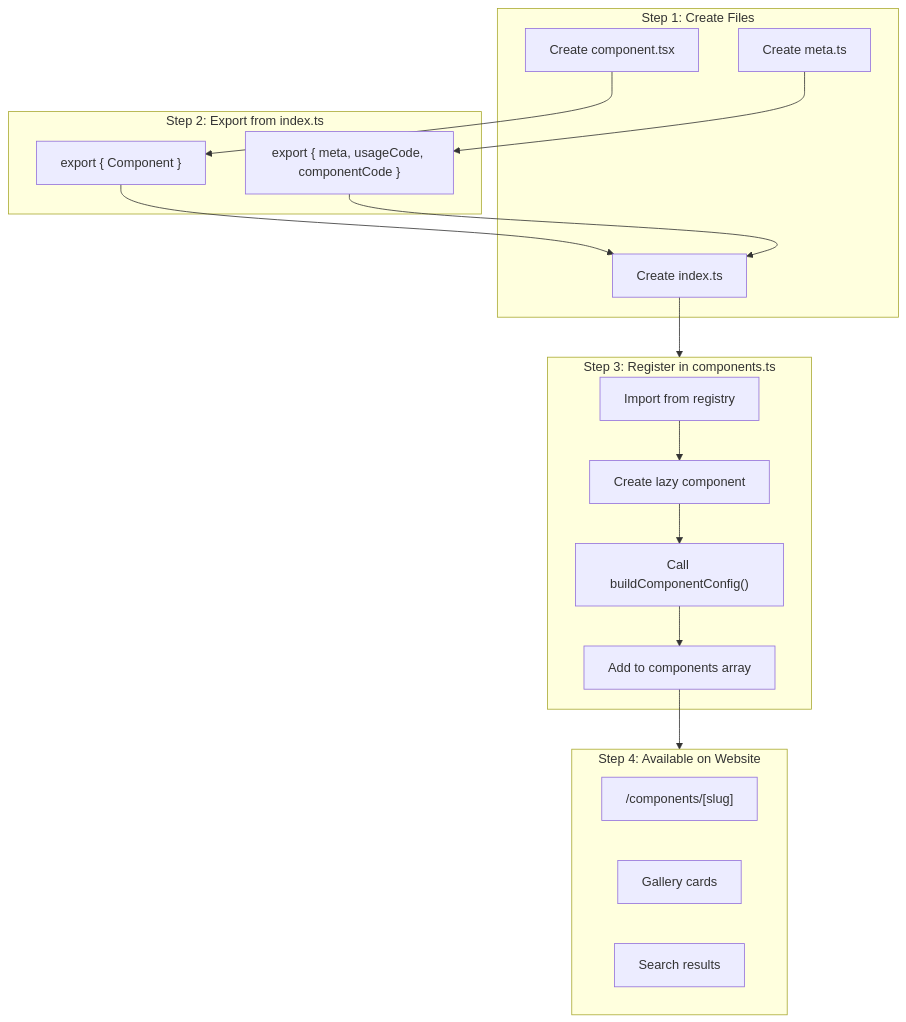
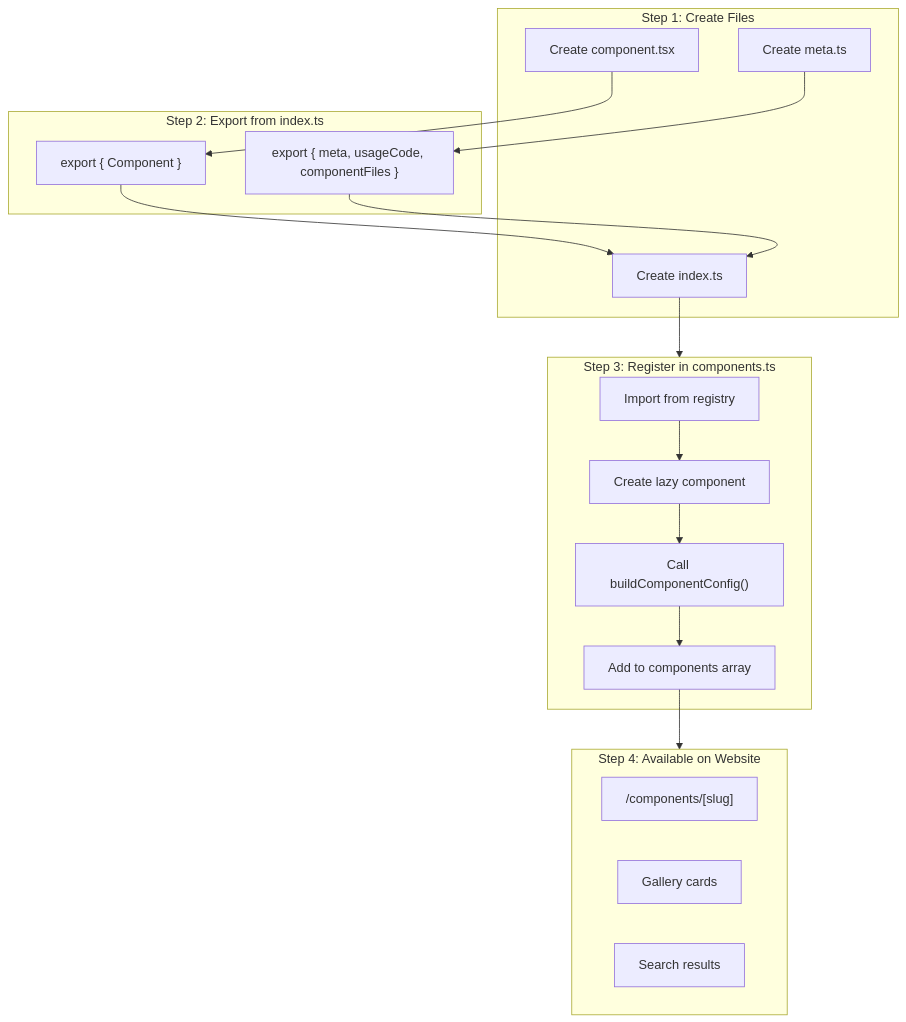
One commit to bhaveshsinghal95182/messy-ui changed the fifth of 7 diagrams in docs/COMPONENT_ARCHITECTURE.md. Above: the diagram before and after it, drawn with Mermaid. The commit also changed other lines of this file and 17 other files, not shown here.

First line of the commit message:
feat: changed the component code usage

````diff
--- a/docs/COMPONENT_ARCHITECTURE.md
+++ b/docs/COMPONENT_ARCHITECTURE.md
@@ -228,34 +235,34 @@
 ```mermaid
 flowchart TB
     subgraph Step1["Step 1: Create Files"]
         A1["Create component.tsx"]
         A2["Create meta.ts"]
         A3["Create index.ts"]
     end
     
     subgraph Step2["Step 2: Export from index.ts"]
         B1["export { Component }"]
-        B2["export { meta, usageCode, componentCode }"]
+        B2["export { meta, usageCode, componentFiles }"]
     end
     
     subgraph Step3["Step 3: Register in components.ts"]
         C1["Import from registry"]
         C2["Create lazy component"]
         C3["Call buildComponentConfig()"]
         C4["Add to components array"]
     end
     
     subgraph Step4["Step 4: Available on Website"]
         D1["/components/[slug]"]
         D2["Gallery cards"]
         D3["Search results"]
     end
     
     A1 --> B1
     A2 --> B2
     A3 --> Step3
     B1 --> A3
     B2 --> A3
     C1 --> C2 --> C3 --> C4
     C4 --> Step4
 ```
````
